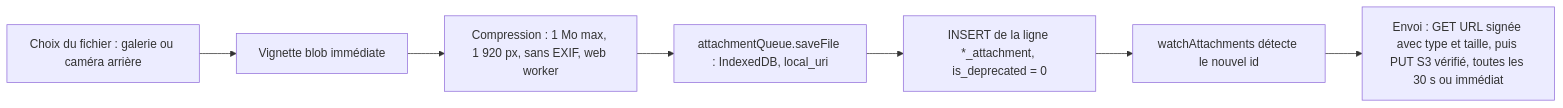
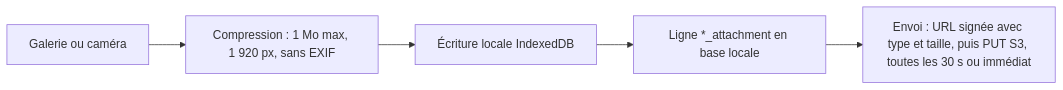
One commit to betagouv/patrinotes changed the fifth of 5 diagrams in docs/03-frontend-pwa.md. Above: the diagram before and after it, drawn with Mermaid. The commit also changed other lines of this file and 19 other files, not shown here.

````diff
--- a/docs/03-frontend-pwa.md
+++ b/docs/03-frontend-pwa.md
@@ -480,9 +249,7 @@
 ```mermaid
 flowchart LR
-    Pick["Choix du fichier : galerie ou caméra arrière"] --> Thumb["Vignette blob immédiate"]
-    Thumb --> Comp["Compression : 1 Mo max, 1 920 px, sans EXIF, web worker"]
-    Comp --> Save["attachmentQueue.saveFile : IndexedDB, local_uri"]
-    Save --> Ins["INSERT de la ligne *_attachment, is_deprecated = 0"]
-    Ins --> Watch["watchAttachments détecte le nouvel id"]
-    Watch --> Up["Envoi : GET URL signée avec type et taille, puis PUT S3 vérifié, toutes les 30 s ou immédiat"]
+    Pick["Galerie ou caméra"] --> Comp["Compression : 1 Mo max, 1 920 px, sans EXIF"]
+    Comp --> Save["Écriture locale IndexedDB"]
+    Save --> Ins["Ligne *_attachment en base locale"]
+    Ins --> Up["Envoi : URL signée avec type et taille, puis PUT S3, toutes les 30 s ou immédiat"]
 ```
````
